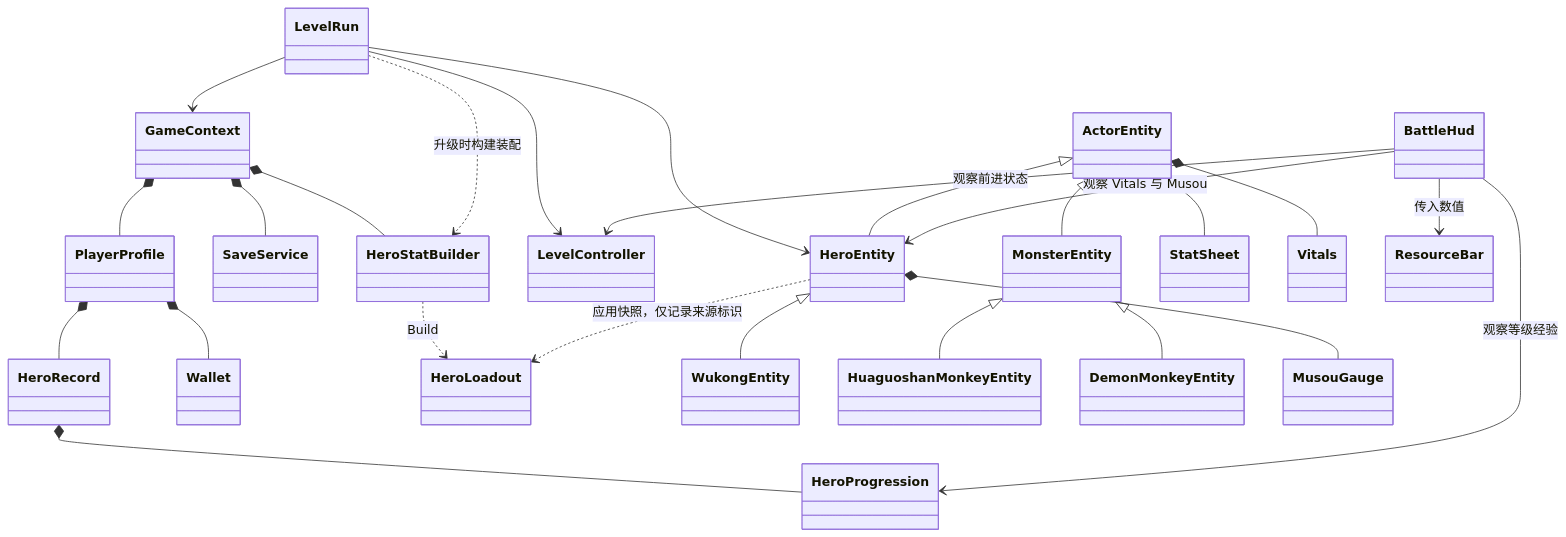
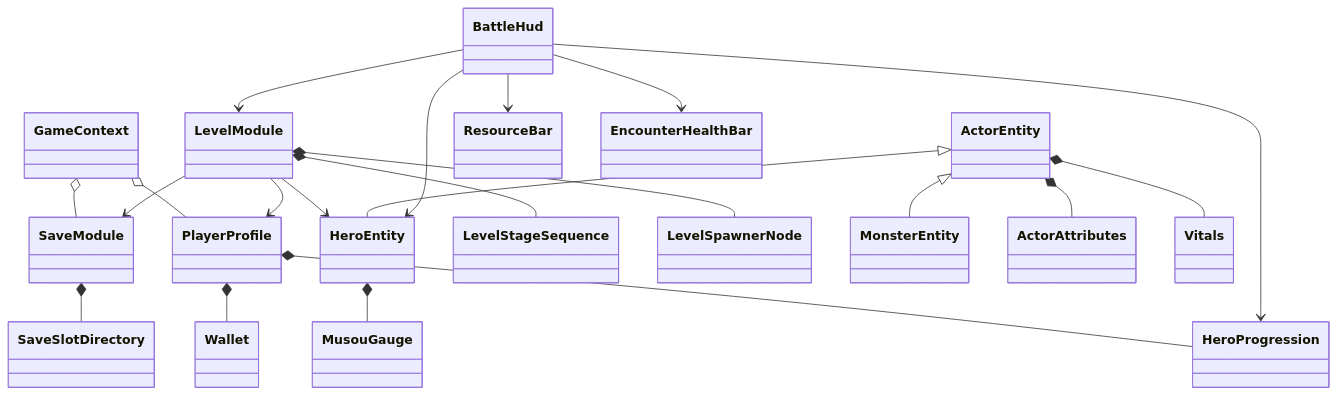
One commit to zheliku/GameZMXY changed the third of 3 diagrams in Docs/ProjectTour.md. Above: the diagram before and after it, drawn with Mermaid. The commit also changed other lines of this file and 248 other files, not shown here.

````diff
--- a/Docs/ProjectTour.md
+++ b/Docs/ProjectTour.md
@@ -134,27 +96,23 @@
 ```mermaid
 classDiagram
-    GameContext *-- PlayerProfile
-    GameContext *-- SaveService
-    GameContext *-- HeroStatBuilder
-    PlayerProfile *-- HeroRecord
+    GameContext o-- PlayerProfile
+    GameContext o-- SaveModule
+    PlayerProfile *-- HeroProgression
     PlayerProfile *-- Wallet
-    HeroRecord *-- HeroProgression
-    HeroStatBuilder ..> HeroLoadout : Build
-    LevelRun --> GameContext
-    LevelRun --> LevelController
-    LevelRun --> HeroEntity
-    LevelRun ..> HeroStatBuilder : 升级时构建装配
+    SaveModule *-- SaveSlotDirectory
+    LevelModule --> PlayerProfile
+    LevelModule --> SaveModule
+    LevelModule --> HeroEntity
+    LevelModule *-- LevelStageSequence
+    LevelModule *-- LevelSpawnerNode
     ActorEntity <|-- HeroEntity
     ActorEntity <|-- MonsterEntity
-    HeroEntity <|-- WukongEntity
-    MonsterEntity <|-- HuaguoshanMonkeyEntity
-    MonsterEntity <|-- DemonMonkeyEntity
-    ActorEntity *-- StatSheet
+    ActorEntity *-- ActorAttributes
     ActorEntity *-- Vitals
     HeroEntity *-- MusouGauge
-    HeroEntity ..> HeroLoadout : 应用快照，仅记录来源标识
-    BattleHud --> HeroEntity : 观察 Vitals 与 Musou
-    BattleHud --> HeroProgression : 观察等级经验
-    BattleHud --> LevelController : 观察前进状态
-    BattleHud --> ResourceBar : 传入数值
+    BattleHud --> HeroEntity
+    BattleHud --> HeroProgression
+    BattleHud --> LevelModule
+    BattleHud --> ResourceBar
+    BattleHud --> EncounterHealthBar
 ```
````
